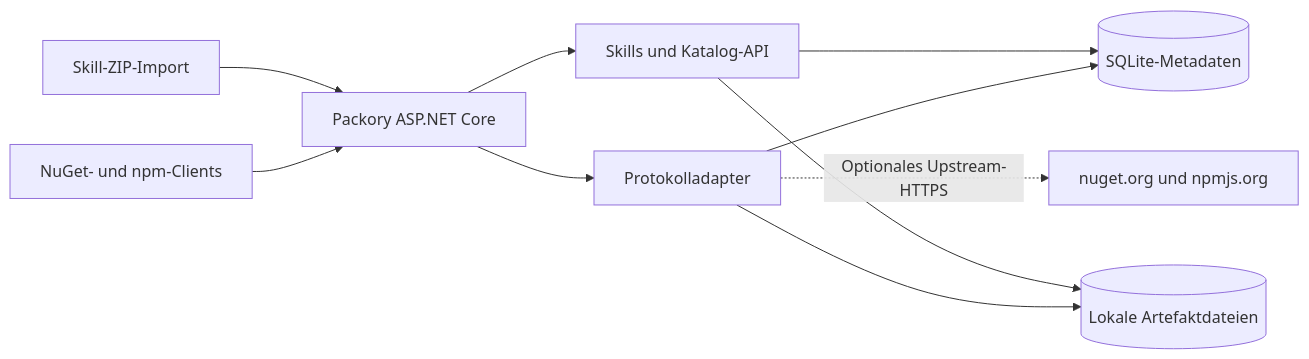
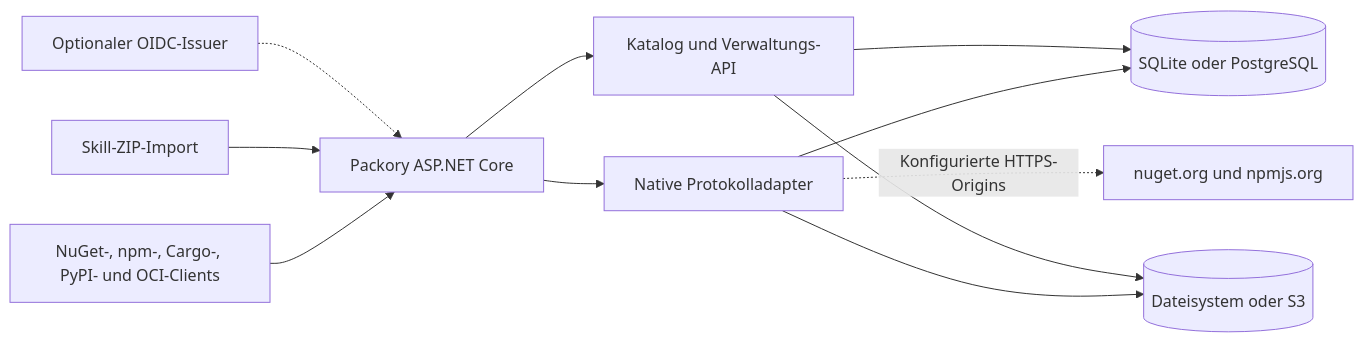
One commit to Cenn0/Packory changed the diagram in README.de.md. Above: the diagram before and after it, drawn with Mermaid. The commit also changed other lines of this file and 3 other files, not shown here.

````diff
--- a/README.de.md
+++ b/README.de.md
@@ -76,12 +77,13 @@
 ```mermaid
 flowchart LR
-  C[NuGet- und npm-Clients] --> A[Packory ASP.NET Core]
+  C[NuGet-, npm-, Cargo-, PyPI- und OCI-Clients] --> A[Packory ASP.NET Core]
   K[Skill-ZIP-Import] --> A
-  A --> N[Protokolladapter]
-  A --> S[Skills und Katalog-API]
-  N --> D[(SQLite-Metadaten)]
-  S --> D
-  N --> B[(Lokale Artefaktdateien)]
-  S --> B
-  N -.->|Optionales Upstream-HTTPS| U[nuget.org und npmjs.org]
+  O[Optionaler OIDC-Issuer] -.-> A
+  A --> N[Native Protokolladapter]
+  A --> M[Katalog und Verwaltungs-API]
+  N --> D[(SQLite oder PostgreSQL)]
+  M --> D
+  N --> B[(Dateisystem oder S3)]
+  M --> B
+  N -.->|Konfigurierte HTTPS-Origins| U[nuget.org und npmjs.org]
 ```
````
